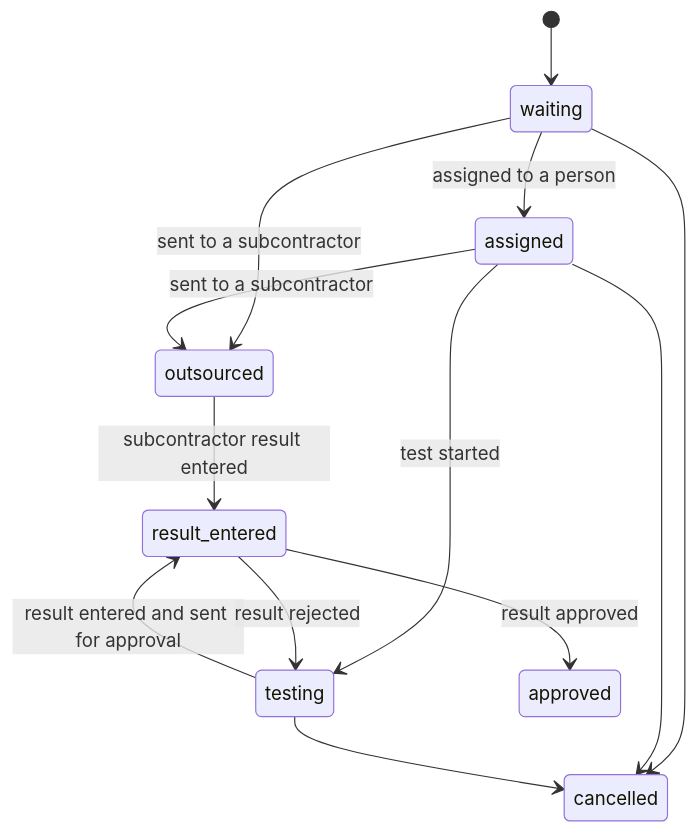
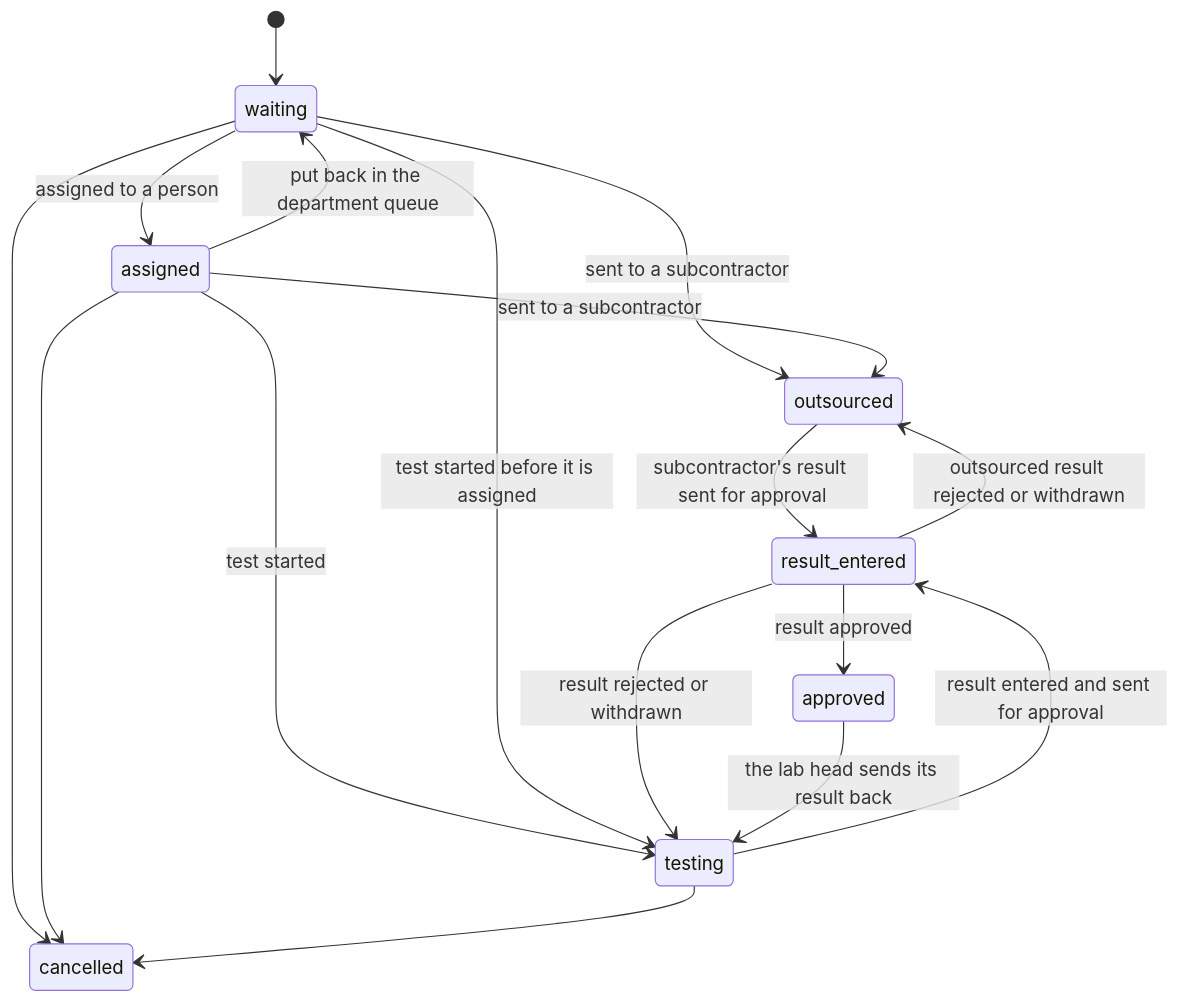
The fourth of 6 diagrams in docs/functional/laboratory_module/overview.md (SoltuneMontepre/medilab), drawn with Mermaid before and after one commit. The commit also changed other lines of this file and 160 other files, not shown here.

````diff
--- a/docs/functional/laboratory_module/overview.md
+++ b/docs/functional/laboratory_module/overview.md
@@ -89,15 +93,19 @@
 ```mermaid
 stateDiagram-v2
     [*] --> waiting
     waiting --> assigned: assigned to a person
+    assigned --> waiting: put back in the department queue
     waiting --> outsourced: sent to a subcontractor
     assigned --> outsourced: sent to a subcontractor
     assigned --> testing: test started
+    waiting --> testing: test started before it is assigned
     testing --> result_entered: result entered and sent for approval
-    outsourced --> result_entered: subcontractor result entered
-    result_entered --> testing: result rejected
+    outsourced --> result_entered: subcontractor's result sent for approval
+    result_entered --> outsourced: outsourced result rejected or withdrawn
+    result_entered --> testing: result rejected or withdrawn
     result_entered --> approved: result approved
+    approved --> testing: the lab head sends its result back
     waiting --> cancelled
     assigned --> cancelled
     testing --> cancelled
 ```
````
